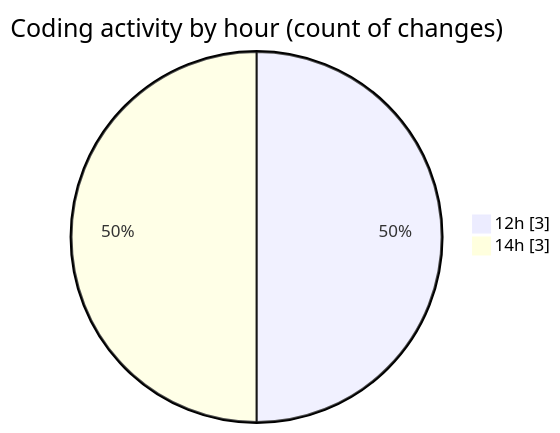
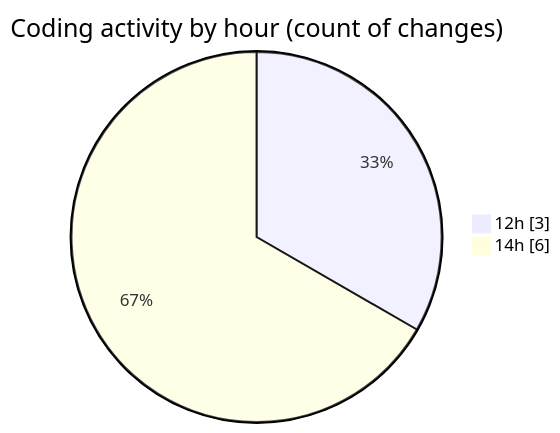
The second of 2 diagrams in 2026-07-27/untitled__workspace_/README.md (debugP/code-tracking), drawn with Mermaid before and after one commit. The commit also changed other lines of this file and 1 other file, not shown here.

````diff
--- a/2026-07-27/untitled__workspace_/README.md
+++ b/2026-07-27/untitled__workspace_/README.md
@@ -31,6 +31,6 @@
 ```mermaid
 pie showData
 title Coding activity by hour (count of changes)
 "12h" : 3
-"14h" : 3
+"14h" : 6
 ```
````
